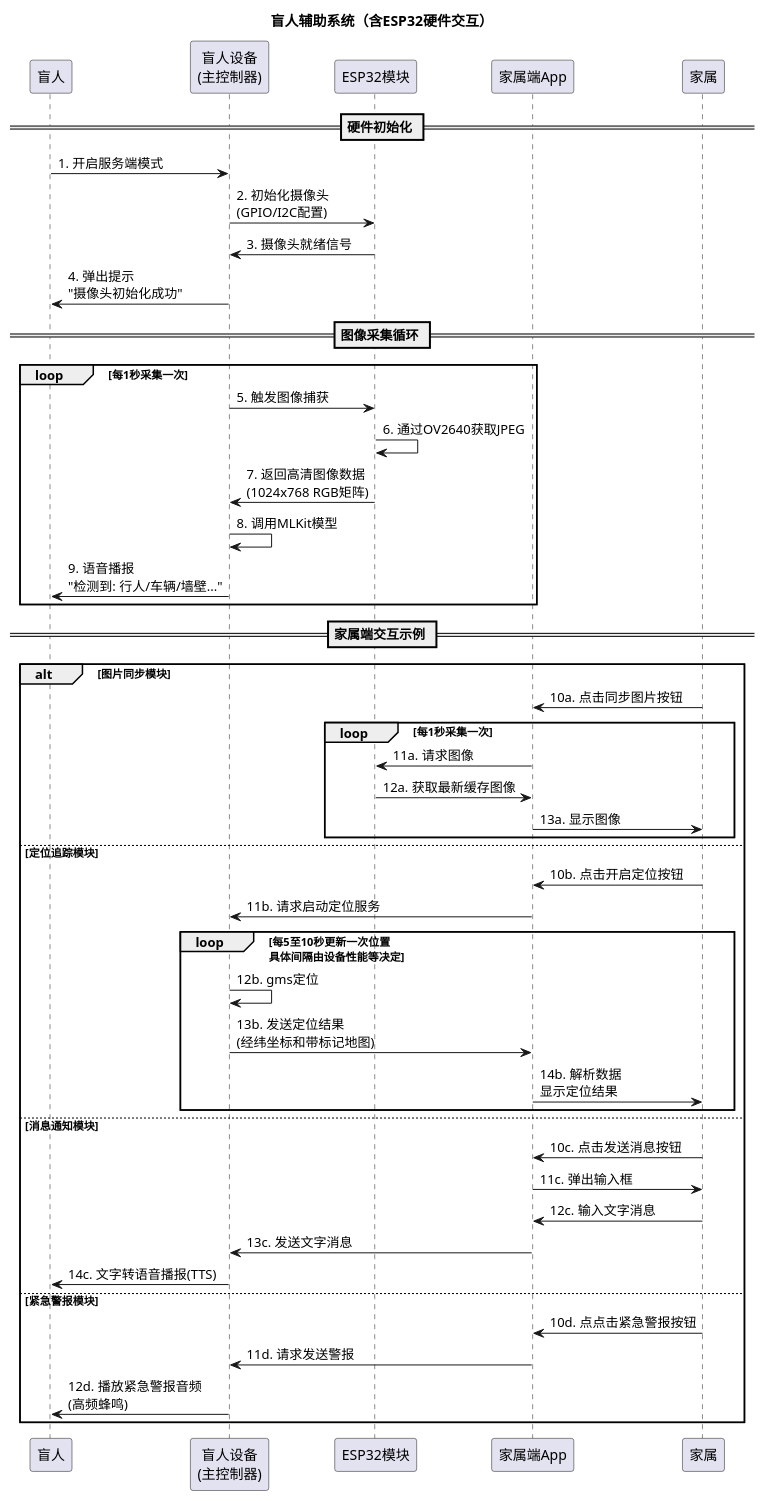
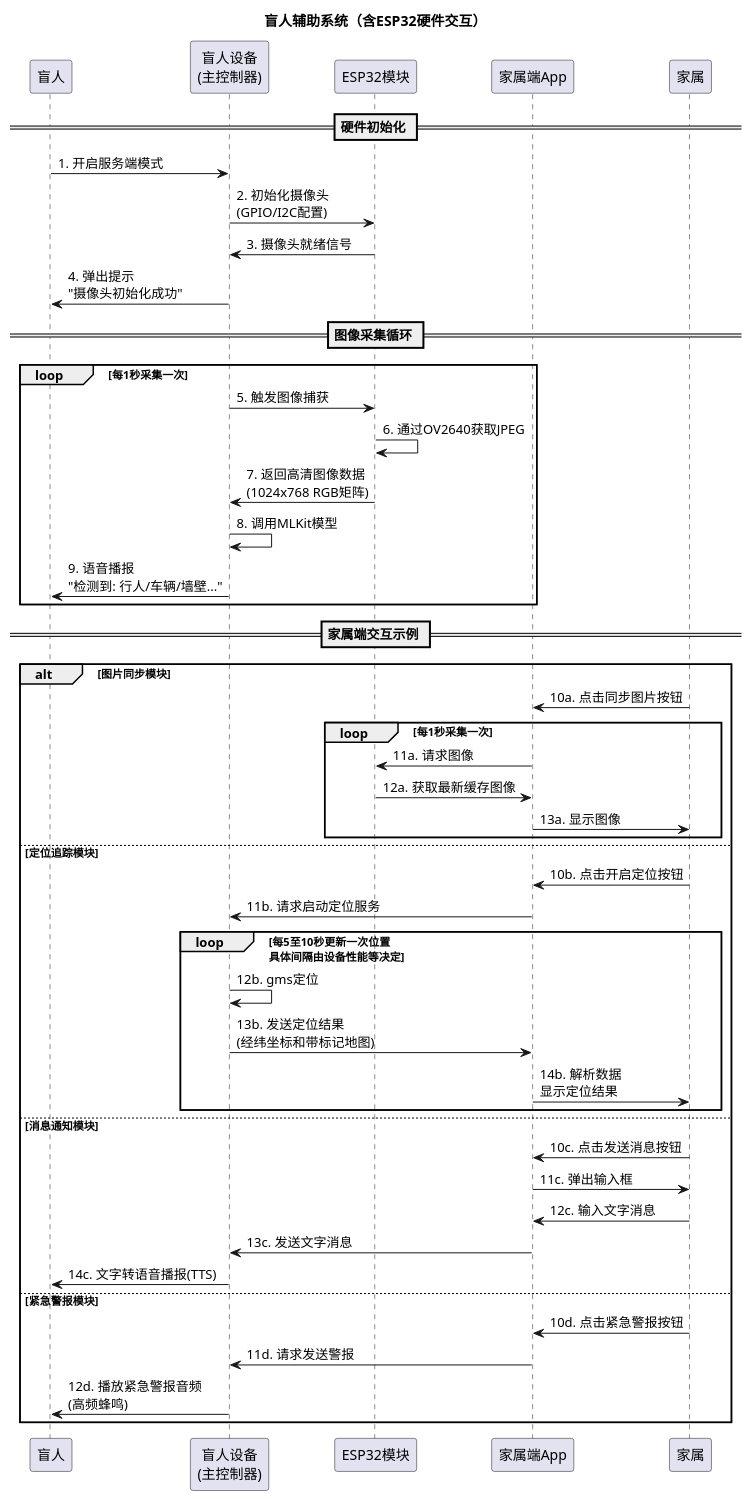
One commit to Varecia/EL-competition-project changed the diagram in docs/sequence.puml. Above: the diagram before and after it, drawn with PlantUML. The commit also changed 2 other files, not shown here.

```diff
--- a/docs/sequence.puml
+++ b/docs/sequence.puml
@@ -1,59 +1,59 @@
 @startuml blind_assistant_esp32_sequence
 title 盲人辅助系统（含ESP32硬件交互）
 participant "盲人" as User
 participant "盲人设备\n(主控制器)" as MainController
 participant "ESP32模块" as ESP32
 participant "家属端App" as App
 participant "家属" as Family
 
 == 硬件初始化 ==
 User -> MainController: 1. 开启服务端模式
 MainController -> ESP32: 2. 初始化摄像头\n(GPIO/I2C配置)
 ESP32 -> MainController: 3. 摄像头就绪信号
 MainController -> User: 4. 弹出提示\n"摄像头初始化成功"
 
 == 图像采集循环 ==
 
 loop 每1秒采集一次
     MainController -> ESP32: 5. 触发图像捕获
     ESP32 -> ESP32: 6. 通过OV2640获取JPEG
     ESP32 -> MainController: 7. 返回高清图像数据\n(1024x768 RGB矩阵)
     MainController -> MainController: 8. 调用MLKit模型
     MainController -> User: 9. 语音播报\n"检测到: 行人/车辆/墙壁..."
 end
 
 == 家属端交互示例 ==
 alt 图片同步模块
     Family -> App: 10a. 点击同步图片按钮
 
     loop 每1秒采集一次
     App -> ESP32: 11a. 请求图像
     ESP32 -> App: 12a. 获取最新缓存图像
     App -> Family: 13a. 显示图像
     end
 
 else 定位追踪模块
     Family -> App: 10b. 点击开启定位按钮
     App -> MainController: 11b. 请求启动定位服务
 
     loop 每5至10秒更新一次位置\n具体间隔由设备性能等决定
     MainController -> MainController: 12b. gms定位
     MainController -> App: 13b. 发送定位结果\n(经纬坐标和带标记地图)
     App -> Family: 14b. 解析数据\n显示定位结果
     end loop
 
 else 消息通知模块
     Family -> App: 10c. 点击发送消息按钮
     App -> Family: 11c. 弹出输入框
     Family -> App: 12c. 输入文字消息
     App -> MainController: 13c. 发送文字消息
     MainController -> User: 14c. 文字转语音播报(TTS)
 
 else 紧急警报模块
-    Family -> App: 10d. 点点击紧急警报按钮
+    Family -> App: 10d. 点击紧急警报按钮
     App -> MainController: 11d. 请求发送警报
     MainController -> User: 12d. 播放紧急警报音频\n(高频蜂鸣)
 
 end alt
 
 @enduml
```
